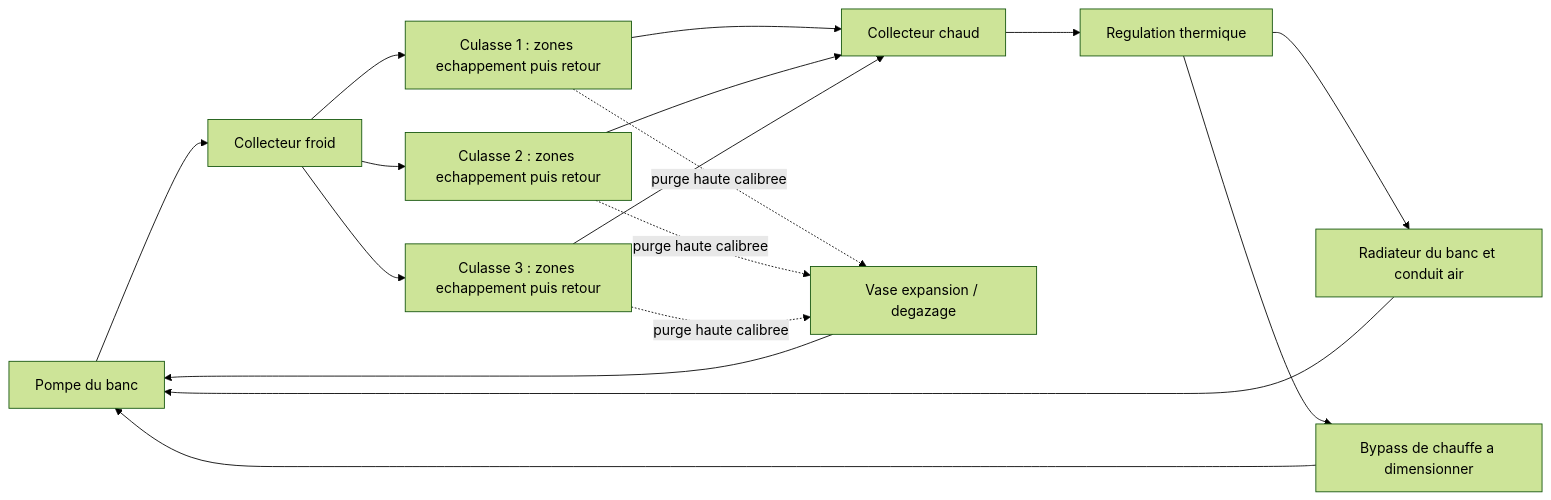
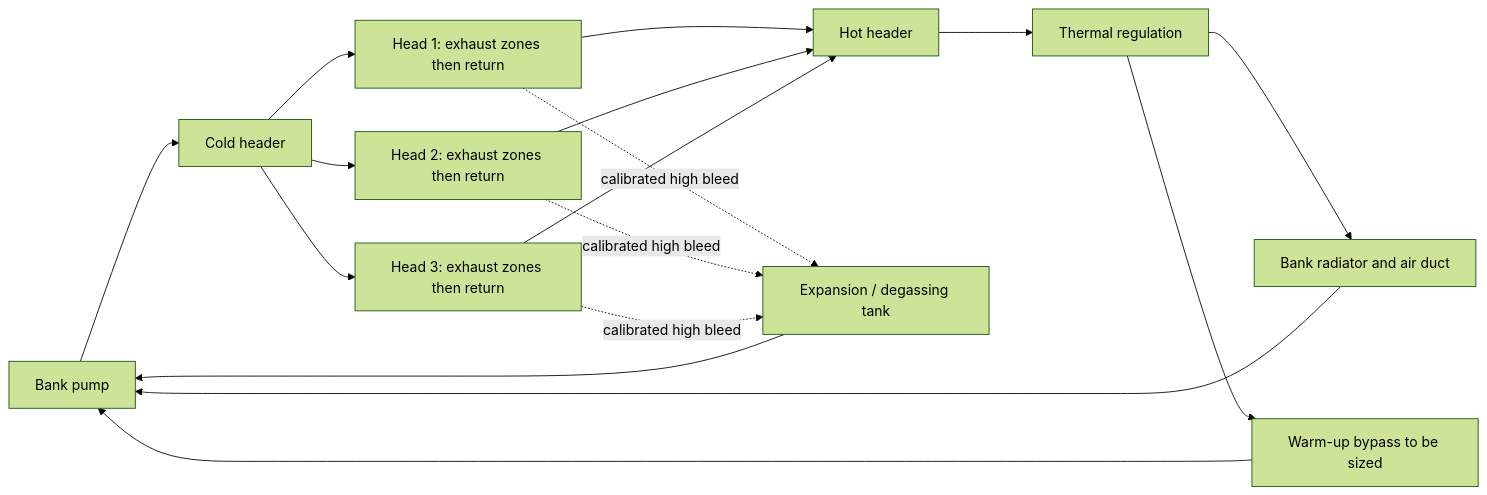
Before and after one commit to cluster2600/porscheparts: the diagram in twins/m64-cylinder-head/source/water-cooled-head/README.md, drawn with Mermaid (forest theme). The commit also changed other lines of this file and 9 other files, not shown here.

````diff
--- a/twins/m64-cylinder-head/source/water-cooled-head/README.md
+++ b/twins/m64-cylinder-head/source/water-cooled-head/README.md
@@ -43,19 +44,19 @@
 ```mermaid
 flowchart LR
-    P[Pompe du banc] --> S[Collecteur froid]
-    S --> H1[Culasse 1 : zones echappement puis retour]
-    S --> H2[Culasse 2 : zones echappement puis retour]
-    S --> H3[Culasse 3 : zones echappement puis retour]
-    H1 --> R[Collecteur chaud]
+    P[Bank pump] --> S[Cold header]
+    S --> H1[Head 1: exhaust zones then return]
+    S --> H2[Head 2: exhaust zones then return]
+    S --> H3[Head 3: exhaust zones then return]
+    H1 --> R[Hot header]
     H2 --> R
     H3 --> R
-    R --> T[Regulation thermique]
-    T --> HX[Radiateur du banc et conduit air]
-    T --> BP[Bypass de chauffe a dimensionner]
+    R --> T[Thermal regulation]
+    T --> HX[Bank radiator and air duct]
+    T --> BP[Warm-up bypass to be sized]
     HX --> P
     BP --> P
-    H1 -. purge haute calibree .-> V[Vase expansion / degazage]
-    H2 -. purge haute calibree .-> V
-    H3 -. purge haute calibree .-> V
+    H1 -. calibrated high bleed .-> V[Expansion / degassing tank]
+    H2 -. calibrated high bleed .-> V
+    H3 -. calibrated high bleed .-> V
     V --> P
 ```
````
